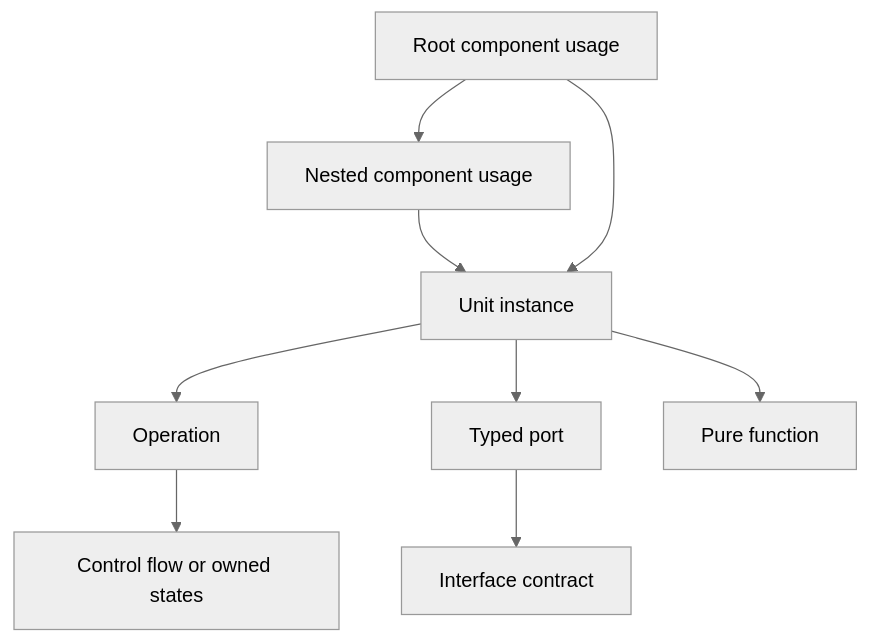
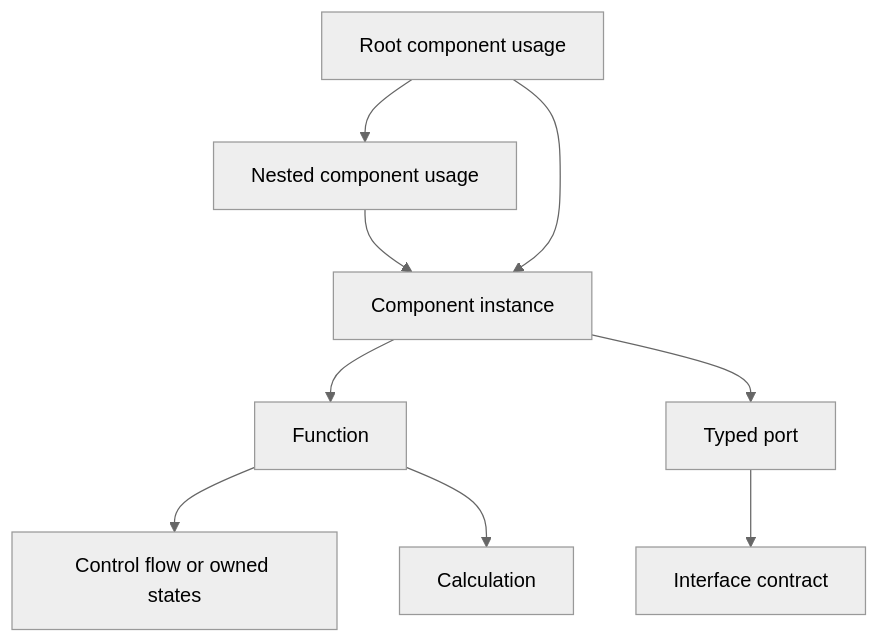
One commit to voidaliot/swaml changed the diagram in README.md. Above: the diagram before and after it, drawn with Mermaid (neutral theme). The commit also changed other lines of this file and 395 other files, not shown here.

````diff
--- a/README.md
+++ b/README.md
@@ -47,11 +131,11 @@
 ```mermaid
 flowchart TB
     C[Root component usage] --> N[Nested component usage]
-    N --> U[Unit instance]
-    C --> U[Unit instance]
-    U --> O[Operation]
+    N --> U[Component instance]
+    C --> U[Component instance]
+    U --> O[Function]
     O --> F[Control flow or owned states]
     U --> P[Typed port]
     P --> I[Interface contract]
-    U --> FN[Pure function]
+    O --> FN[Calculation]
 ```
````
